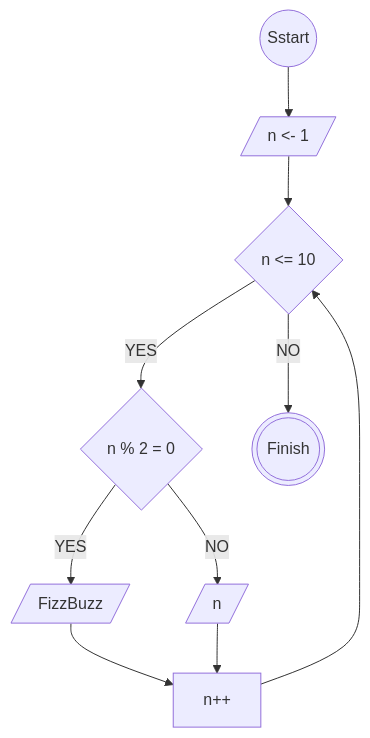
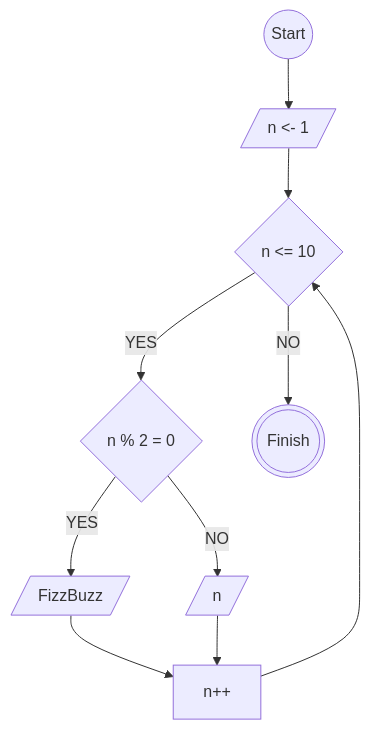
One commit to dev-Flone/koda-b1-algoritm changed the diagram in fizzbuzz.md. Above: the diagram before and after it, drawn with Mermaid.

Commit message:
FizzBuzz(fix)

````diff
--- a/fizzbuzz.md
+++ b/fizzbuzz.md
@@ -2,18 +2,18 @@
 ``` mermaid
 flowchart TD
-    start((Sstart))
+    start((Start))
     init[/n <- 1 /]
     check{n <= 10}
     check2{n % 2 = 0}
     increment[n++]
     output[/FizzBuzz/]
     finish(((Finish)))
 
     start --> init --> check
     check -- NO --> finish
     check -- YES --> check2
     check2 -- YES --> output
     check2 -- NO --> n[/n/]
     output --> increment --> check
     n --> increment
 ```
````
